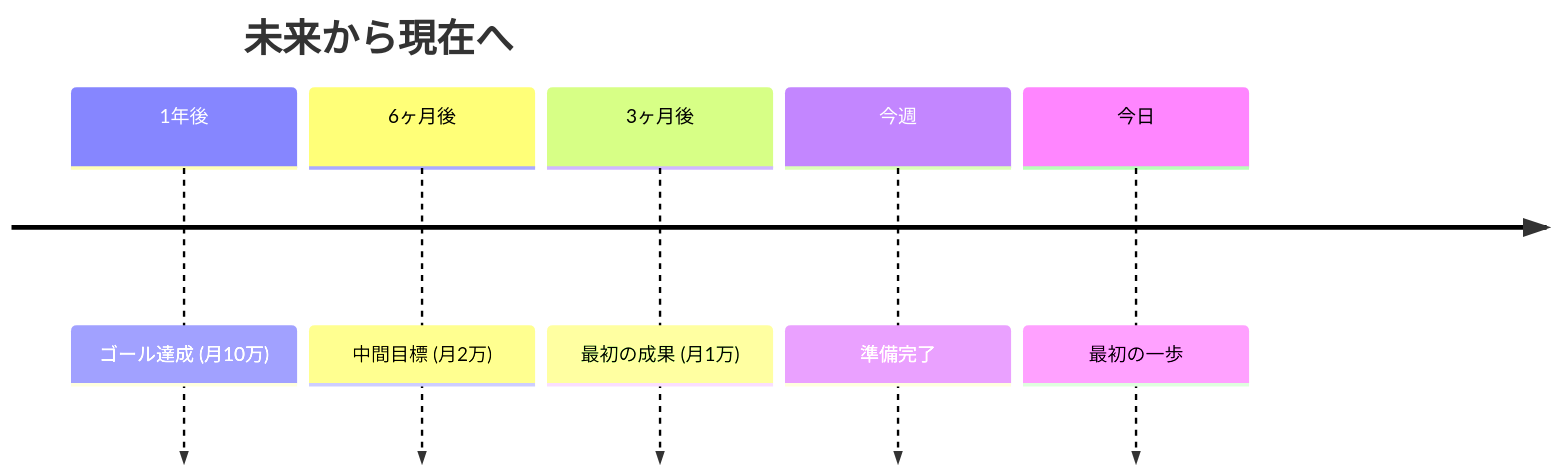
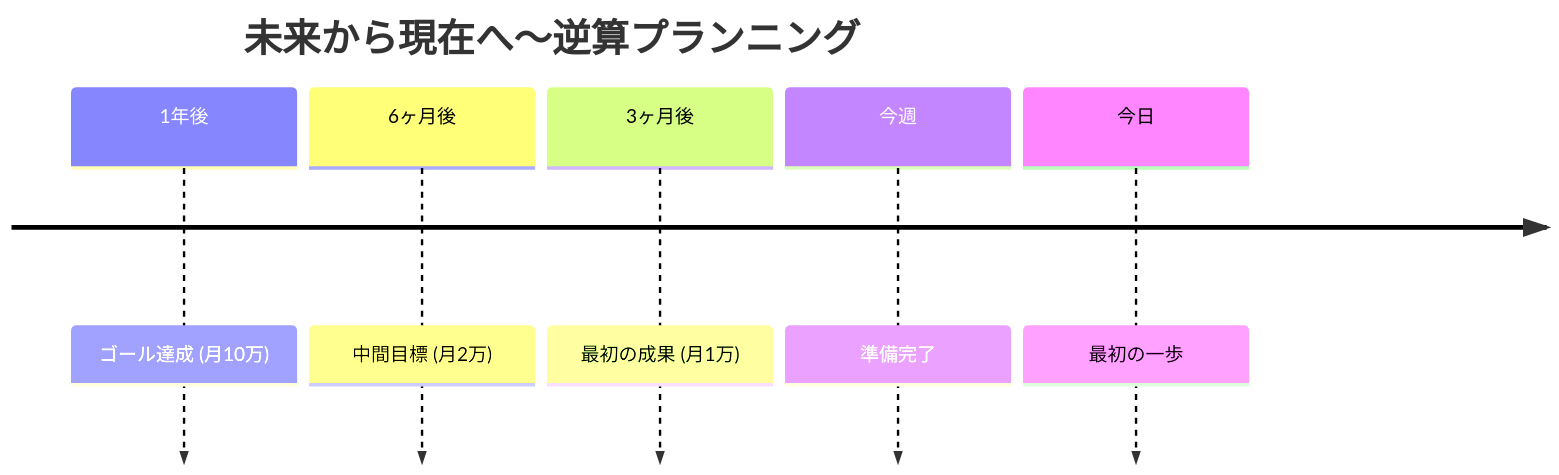
Before and after one commit to tndg16-bot/portfolio-site: the diagram in content/blog/202-backward-planning.md, drawn with Mermaid. The commit also changed other lines of this file and 19 other files, not shown here.

````diff
--- a/content/blog/202-backward-planning.md
+++ b/content/blog/202-backward-planning.md
@@ -41,9 +53,9 @@
 ```mermaid
 timeline
-    title 未来から現在へ
+    title 未来から現在へ〜逆算プランニング
     1年後 : ゴール達成 (月10万)
     6ヶ月後 : 中間目標 (月2万)
     3ヶ月後 : 最初の成果 (月1万)
     今週 : 準備完了
     今日 : 最初の一歩
 ```
````
